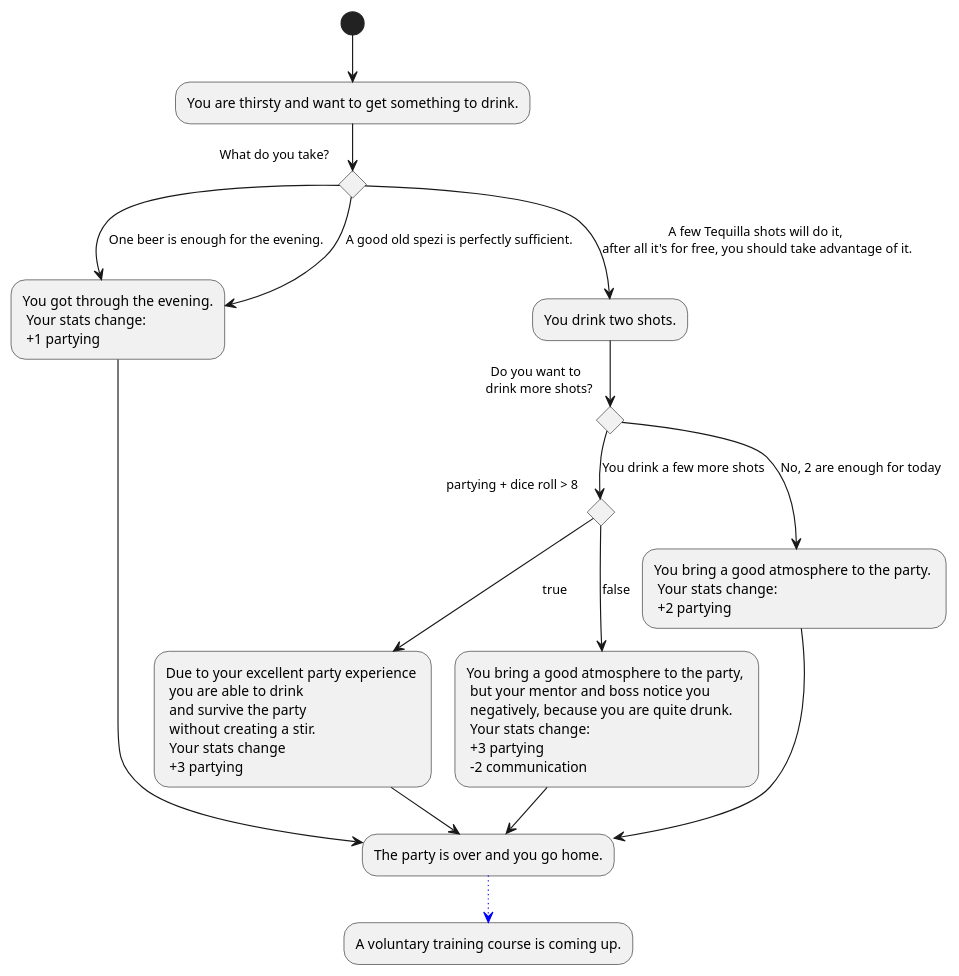
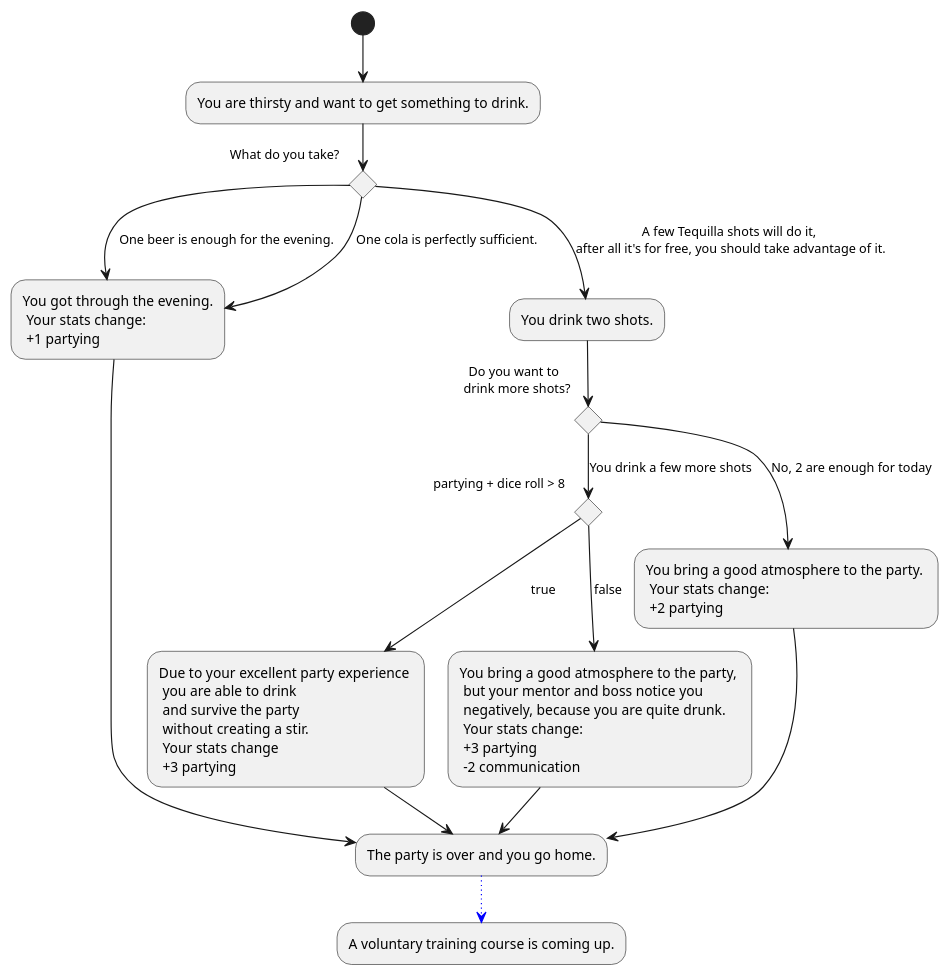
Before and after one commit to Brotenko/QualityQuest: the diagram in Docs/Technical Specifications/docs/diagrams/StoryFlow/StoryFlow_Decision_8.puml, drawn with PlantUML. The commit also changed 11 other files, not shown here.

```diff
--- a/Docs/Technical Specifications/docs/diagrams/StoryFlow/StoryFlow_Decision_8.puml
+++ b/Docs/Technical Specifications/docs/diagrams/StoryFlow/StoryFlow_Decision_8.puml
@@ -1,24 +1,24 @@
 @startuml
 (*) --> "You are thirsty and want to get something to drink."
 if "What do you take?" then 
 --> [One beer is enough for the evening.] "You got through the evening.\n Your stats change:\n +1 partying" as lightParty
 else 
---> [A good old spezi is perfectly sufficient.] lightParty
+--> [One cola is perfectly sufficient.] lightParty
 else 
--->[A few Tequilla shots will do it, \nafter all it's for free, you should take advantage of it.]"You drink two shots."
+-->[A few Tequilla shots will do it, \nafter all it's for free, you should take advantage of it.] "You drink two shots."
 if "Do you want to \n drink more shots?" then 
 --> [You drink a few more shots] if "partying + dice roll > 8" as drink then 
 --> [true] "Due to your excellent party experience \n you are able to drink \n and survive the party \n without creating a stir. \n Your stats change \n +3 partying" as goodEnd
 else 
---> [false] "You bring a good atmosphere to the party, \n but your mentor and boss notice you \n negatively, because you are quite drunk.\n Your stats change: \n +3 partying \n -2 communication" as heavydrunk
+--> [false] "You bring a good atmosphere to the party, \n but your mentor and boss notice you \n negatively, because you are quite drunk.\n Your stats change: \n +3 partying \n -2 communication" as badEnd
 endif
 else 
 --> [No, 2 are enough for today] "You bring a good atmosphere to the party. \n Your stats change:\n +2 partying"
 endif
 --> "The party is over and you go home." as home
-heavydrunk --> home
+badEnd --> home
 lightParty --> home
 goodEnd --> home
 -[#blue,dotted]-> "A voluntary training course is coming up."
 
 @enduml
```
